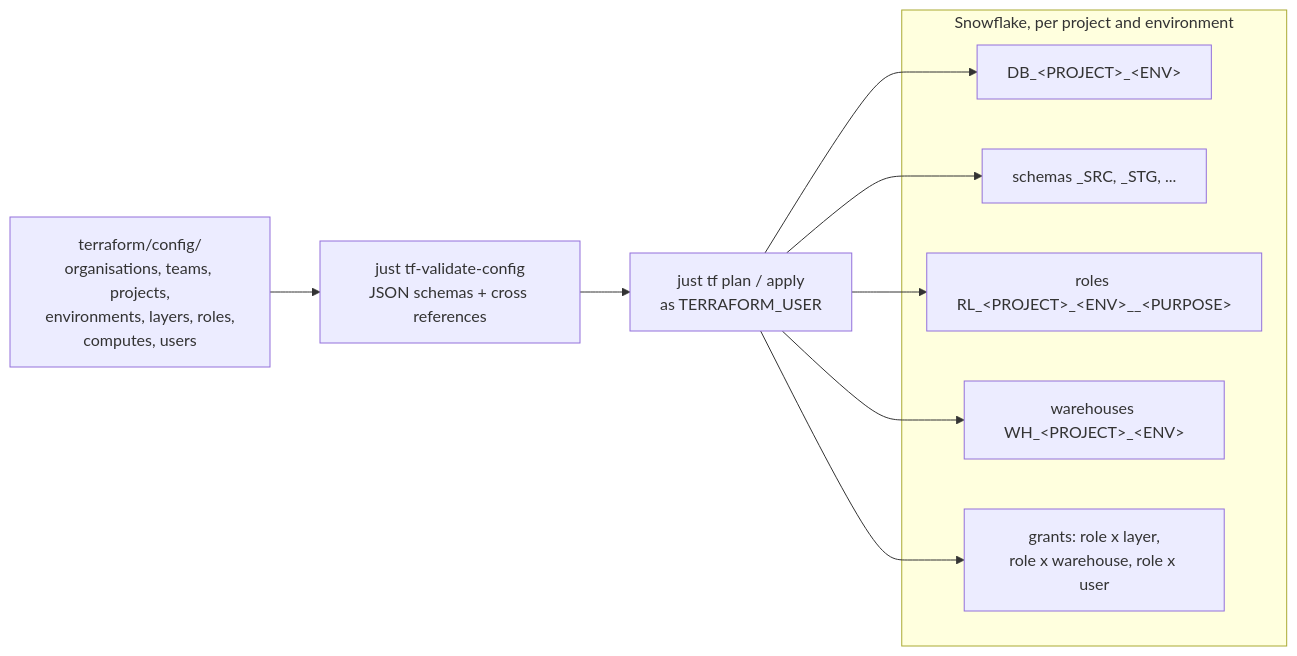
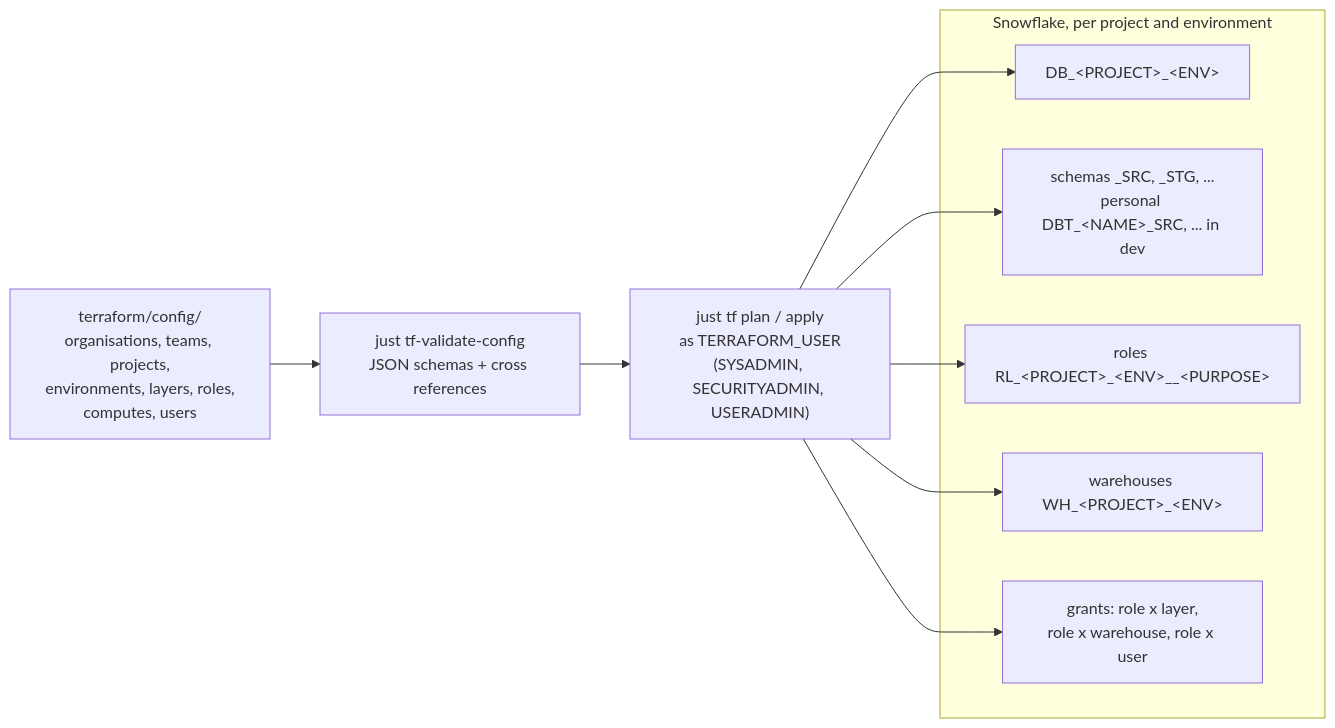
The diagram in docs/administration/index.md (rootcube/data-mesh-template), drawn with Mermaid before and after one commit. The commit also changed other lines of this file and 61 other files, not shown here.

Commit message:
feat: add personal schema prefix support and update related documentation

````diff
--- a/docs/administration/index.md
+++ b/docs/administration/index.md
@@ -26,14 +26,14 @@
 ```mermaid
 flowchart LR
     YAML["terraform/config/<br/>organisations, teams, projects,<br/>environments, layers, roles,<br/>computes, users"]
     VALIDATE["just tf-validate-config<br/>JSON schemas + cross references"]
-    TF["just tf plan / apply<br/>as TERRAFORM_USER"]
+    TF["just tf plan / apply<br/>as TERRAFORM_USER<br/>(SYSADMIN, SECURITYADMIN, USERADMIN)"]
     subgraph sf["Snowflake, per project and environment"]
         DB["DB_&lt;PROJECT&gt;_&lt;ENV&gt;"]
-        SCH["schemas _SRC, _STG, ..."]
+        SCH["schemas _SRC, _STG, ...<br/>personal DBT_&lt;NAME&gt;_SRC, ... in dev"]
         RL["roles RL_&lt;PROJECT&gt;_&lt;ENV&gt;__&lt;PURPOSE&gt;"]
         WH["warehouses WH_&lt;PROJECT&gt;_&lt;ENV&gt;"]
         GR["grants: role x layer,<br/>role x warehouse, role x user"]
     end
     YAML --> VALIDATE --> TF --> DB & SCH & RL & WH & GR
 ```
````
